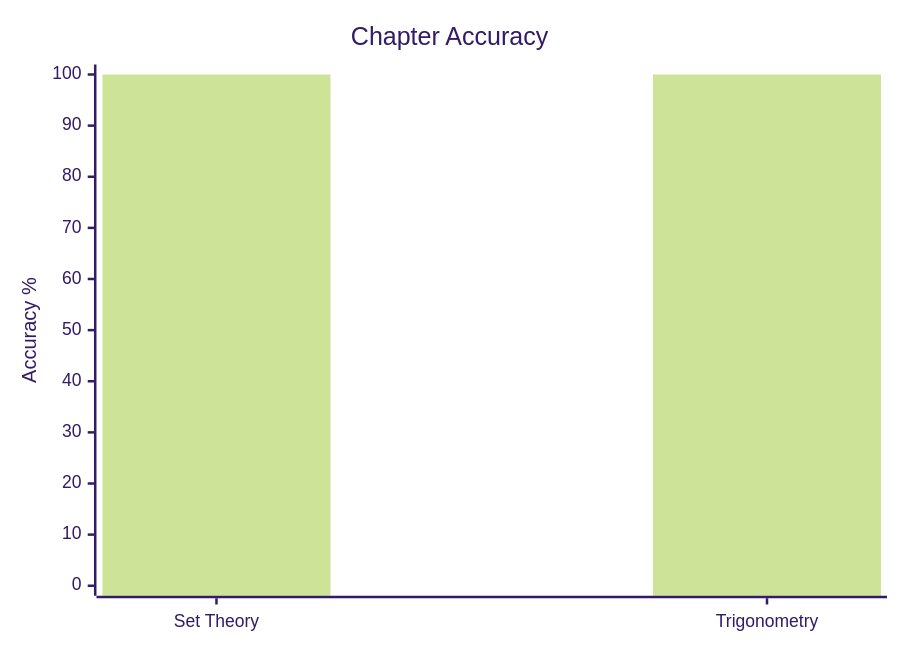
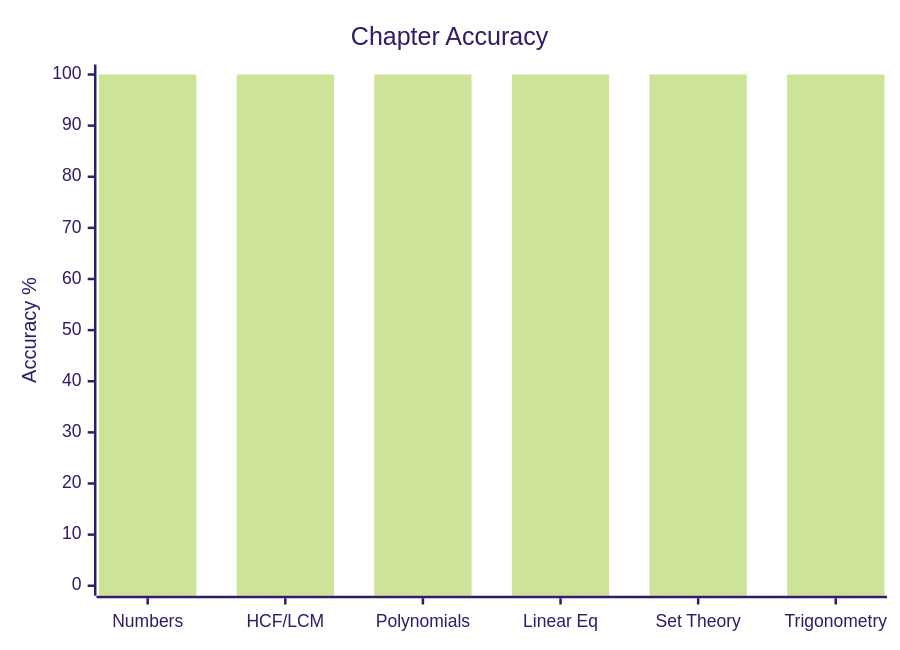
One commit to skc-coder/SAGE changed the first of 2 diagrams in content/cds/math/math_overview.md. Above: the diagram before and after it, drawn with Mermaid (forest theme). The commit also changed other lines of this file, not shown here.

Commit message:
fix(sage): restore all previously created topic notes (HCF/LCM, Numbers, Modular, Polynomials, Linear Equations) in math_overview.md dashboard

````diff
--- a/content/cds/math/math_overview.md
+++ b/content/cds/math/math_overview.md
@@ -15,7 +21,7 @@
 ```mermaid
 xychart-beta
     title "Chapter Accuracy"
-    x-axis ["Set Theory", "Trigonometry"]
+    x-axis ["Numbers", "HCF/LCM", "Polynomials", "Linear Eq", "Set Theory", "Trigonometry"]
     y-axis "Accuracy %" 0 --> 100
-    bar [100, 100]
+    bar [100, 100, 100, 100, 100, 100]
 ```
````
